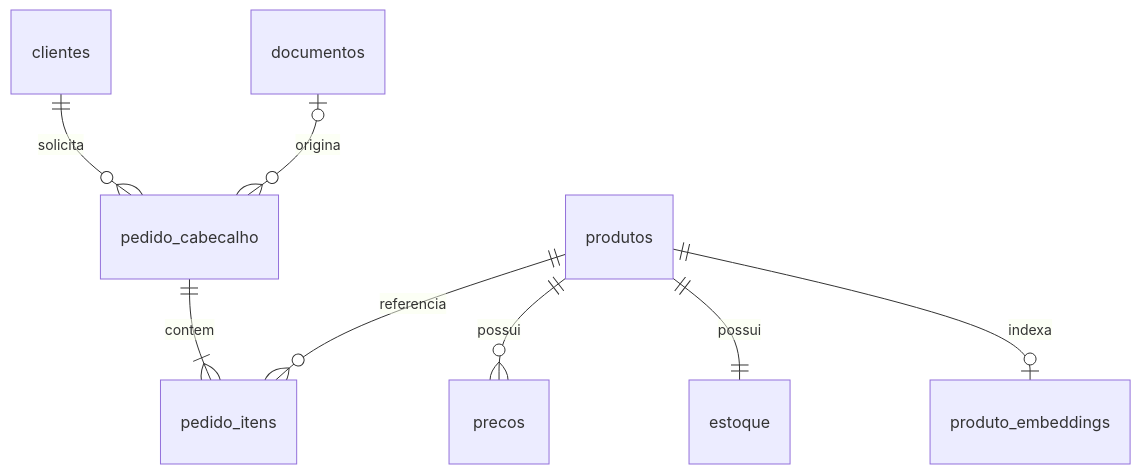
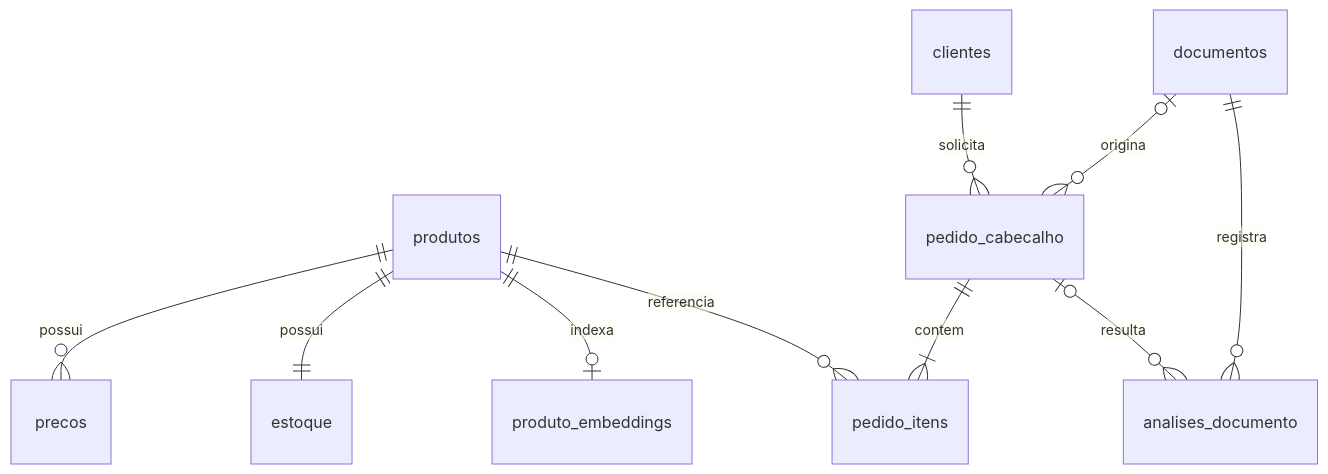
One commit to Vinizada/pedidos-mcp-backend changed the diagram in docs/modelo-dados.md. Above: the diagram before and after it, drawn with Mermaid. The commit also changed other lines of this file and 35 other files, not shown here.

````diff
--- a/docs/modelo-dados.md
+++ b/docs/modelo-dados.md
@@ -7,10 +7,12 @@
 ```mermaid
 erDiagram
     produtos ||--o{ precos : possui
     produtos ||--|| estoque : possui
     produtos ||--o| produto_embeddings : indexa
     clientes ||--o{ pedido_cabecalho : solicita
     pedido_cabecalho ||--|{ pedido_itens : contem
     produtos ||--o{ pedido_itens : referencia
     documentos o|--o{ pedido_cabecalho : origina
+    documentos ||--o{ analises_documento : registra
+    pedido_cabecalho o|--o{ analises_documento : resulta
 ```
````
